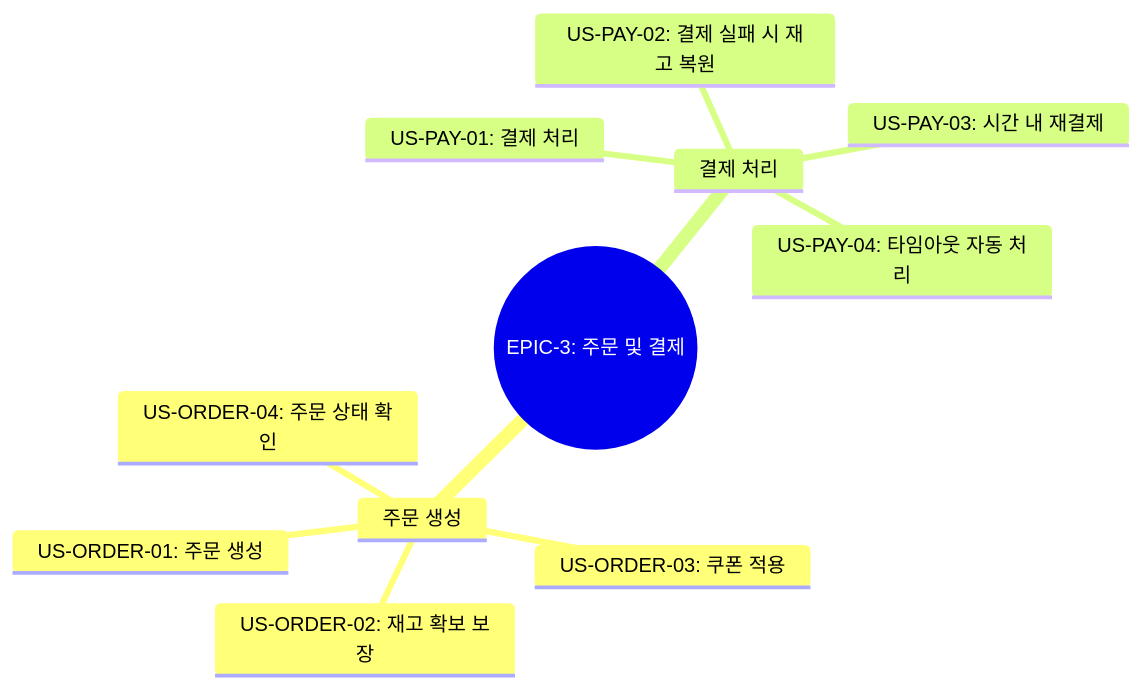
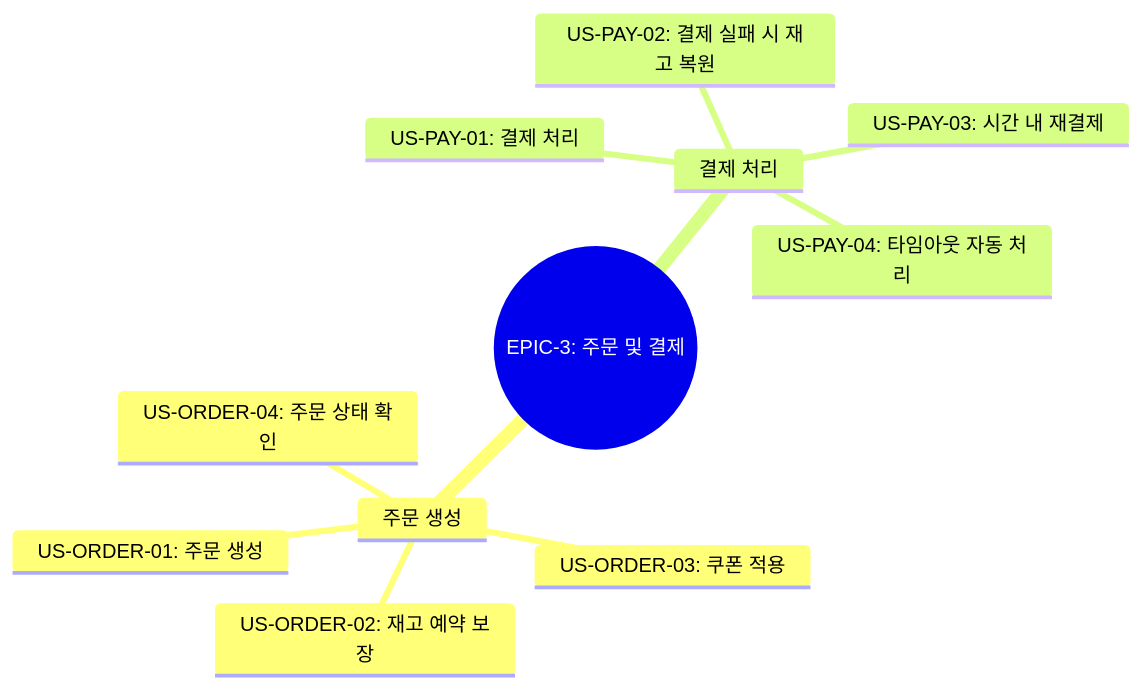
The sixth of 9 diagrams in docs/dev/dashboard/user-stories.md (ywj3493/hhplus-e-commerce), drawn with Mermaid before and after one commit. The commit also changed other lines of this file and 4 other files, not shown here.

````diff
--- a/docs/dev/dashboard/user-stories.md
+++ b/docs/dev/dashboard/user-stories.md
@@ -650,14 +650,14 @@
 ```mermaid
 mindmap
   root((EPIC-3: 주문 및 결제))
     주문 생성
       US-ORDER-01: 주문 생성
-      US-ORDER-02: 재고 확보 보장
+      US-ORDER-02: 재고 예약 보장
       US-ORDER-03: 쿠폰 적용
       US-ORDER-04: 주문 상태 확인
     결제 처리
       US-PAY-01: 결제 처리
       US-PAY-02: 결제 실패 시 재고 복원
       US-PAY-03: 시간 내 재결제
       US-PAY-04: 타임아웃 자동 처리
 ```
````
